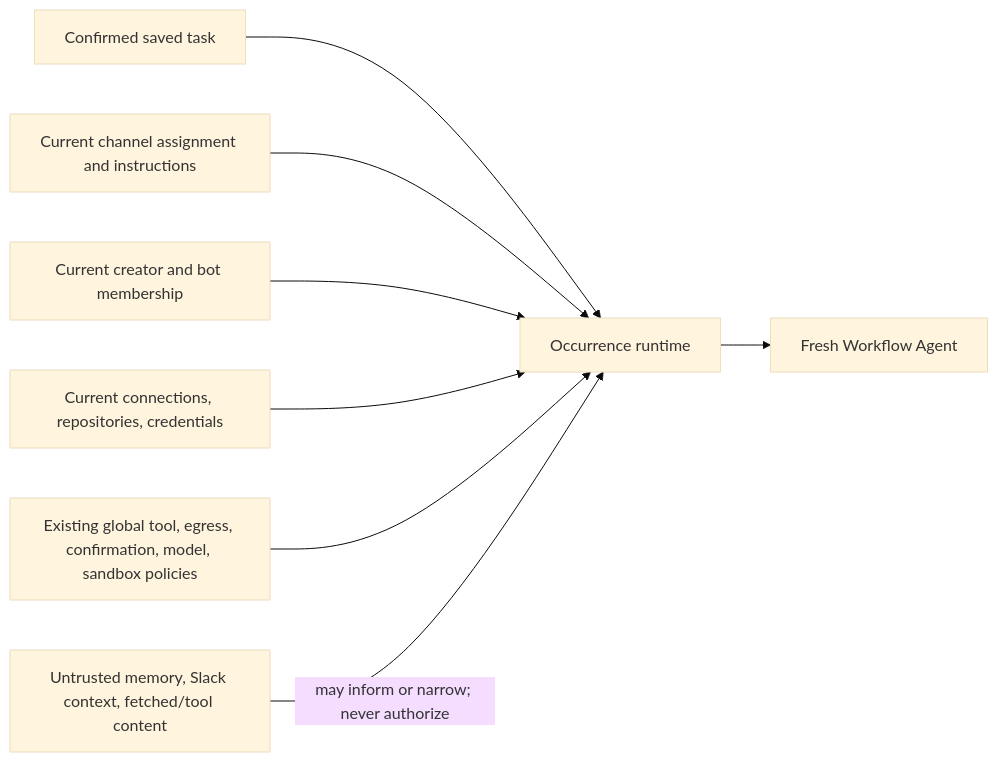
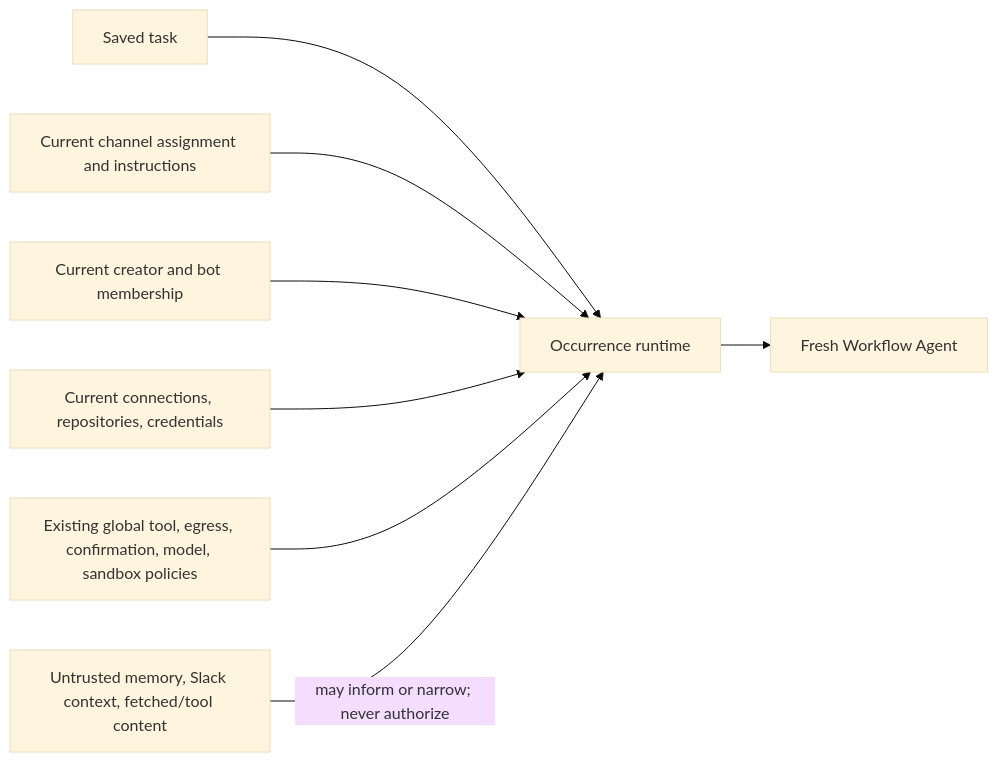
Before and after one commit to pejmanjohn/chickpea: the fourth of 4 diagrams in docs/plans/2026-07-27-001-feat-routines-proactive-triggers-plan.md, drawn with Mermaid (base theme). The commit also changed other lines of this file and 14 other files, not shown here.

````diff
--- a/docs/plans/2026-07-27-001-feat-routines-proactive-triggers-plan.md
+++ b/docs/plans/2026-07-27-001-feat-routines-proactive-triggers-plan.md
@@ -500,10 +499,10 @@
 ```mermaid
 flowchart LR
-    Task["Confirmed saved task"] --> Runtime["Occurrence runtime"]
+    Task["Saved task"] --> Runtime["Occurrence runtime"]
     Channel["Current channel assignment and instructions"] --> Runtime
     Member["Current creator and bot membership"] --> Runtime
     Connections["Current connections, repositories, credentials"] --> Runtime
     Policy["Existing global tool, egress, confirmation, model, sandbox policies"] --> Runtime
     Context["Untrusted memory, Slack context, fetched/tool content"] -->|"may inform or narrow; never authorize"| Runtime
     Runtime --> Agent["Fresh Workflow Agent"]
 ```
````
